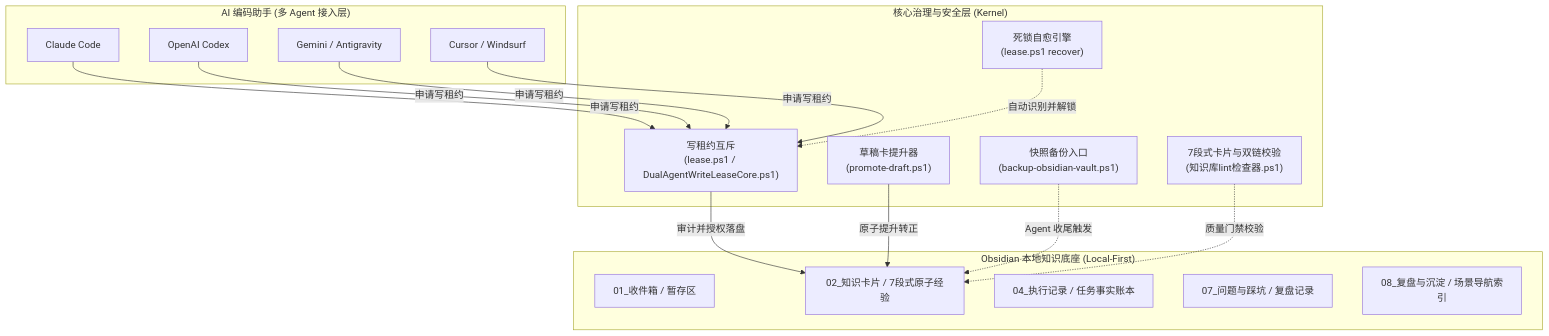
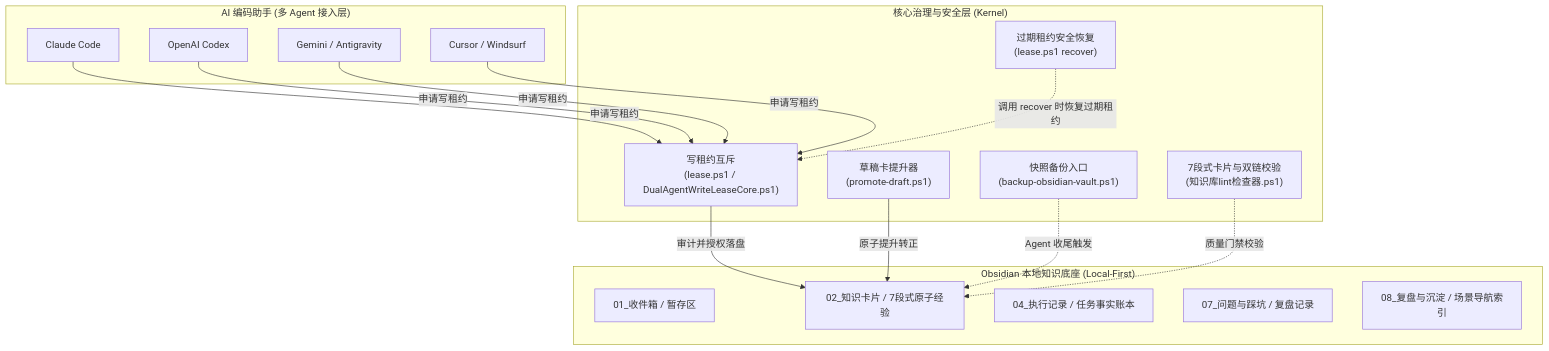
The diagram in README_CN.md (a2578348864a-sys/Agent-Memory-OS), drawn with Mermaid before and after one commit. The commit also changed other lines of this file and 3 other files, not shown here.

````diff
--- a/README_CN.md
+++ b/README_CN.md
@@ -57,36 +57,36 @@
 ```mermaid
 graph TD
     subgraph Clients["AI 编码助手 (多 Agent 接入层)"]
         Claude["Claude Code"]
         Codex["OpenAI Codex"]
         Gemini["Gemini / Antigravity"]
         Cursor["Cursor / Windsurf"]
     end
 
     subgraph Kernel["核心治理与安全层 (Kernel)"]
         Lease["写租约互斥<br>(lease.ps1 / DualAgentWriteLeaseCore.ps1)"]
-        Reset["死锁自愈引擎<br>(lease.ps1 recover)"]
+        Reset["过期租约安全恢复<br>(lease.ps1 recover)"]
         Promote["草稿卡提升器<br>(promote-draft.ps1)"]
         Backup["快照备份入口<br>(backup-obsidian-vault.ps1)"]
         Lint["7段式卡片与双链校验<br>(知识库lint检查器.ps1)"]
     end
 
     subgraph Vault["Obsidian 本地知识底座 (Local-First)"]
         Inbox["01_收件箱 / 暂存区"]
         Cards["02_知识卡片 / 7段式原子经验"]
         Exec["04_执行记录 / 任务事实账本"]
         Pitfalls["07_问题与踩坑 / 复盘记录"]
         Index["08_复盘与沉淀 / 场景导航索引"]
     end
 
     Claude -->|申请写租约| Lease
     Codex -->|申请写租约| Lease
     Gemini -->|申请写租约| Lease
     Cursor -->|申请写租约| Lease
 
     Lease -->|审计并授权落盘| Cards
-    Reset -.->|自动识别并解锁| Lease
+    Reset -.->|调用 recover 时恢复过期租约| Lease
     Promote -->|原子提升转正| Cards
     Backup -.->|Agent 收尾触发| Cards
     Lint -.->|质量门禁校验| Cards
 ```
````
